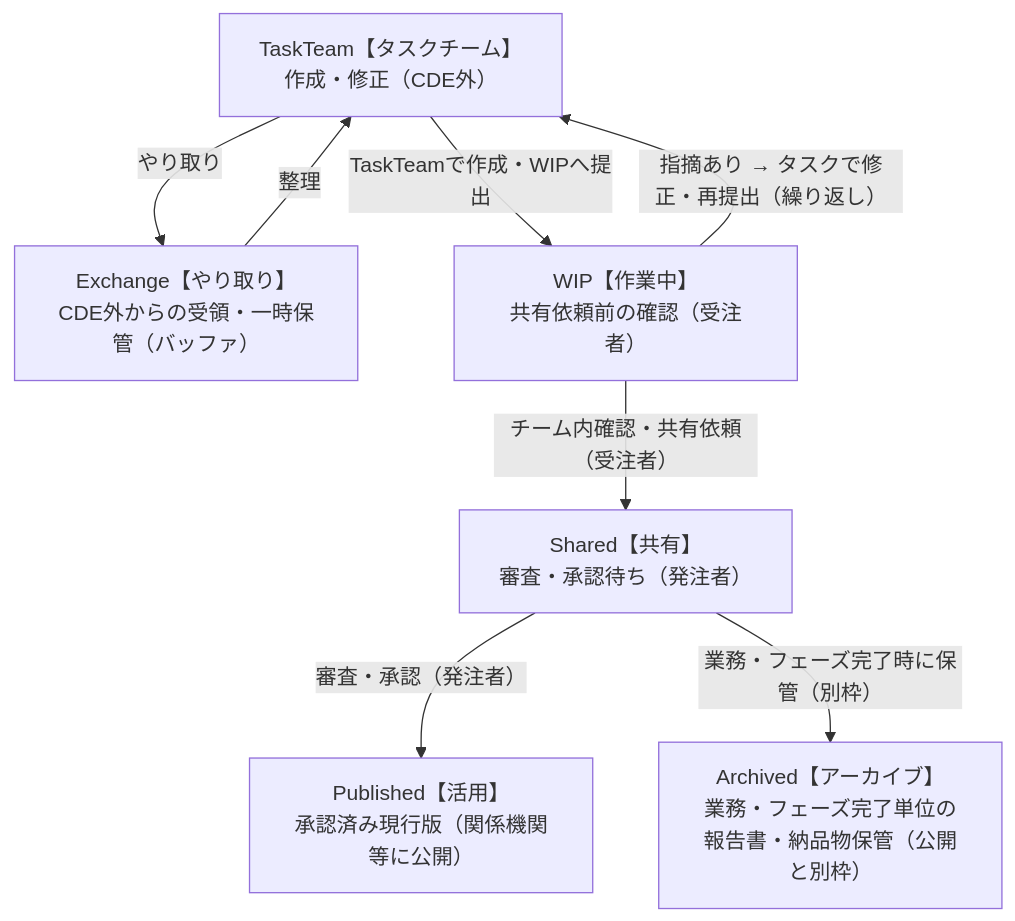
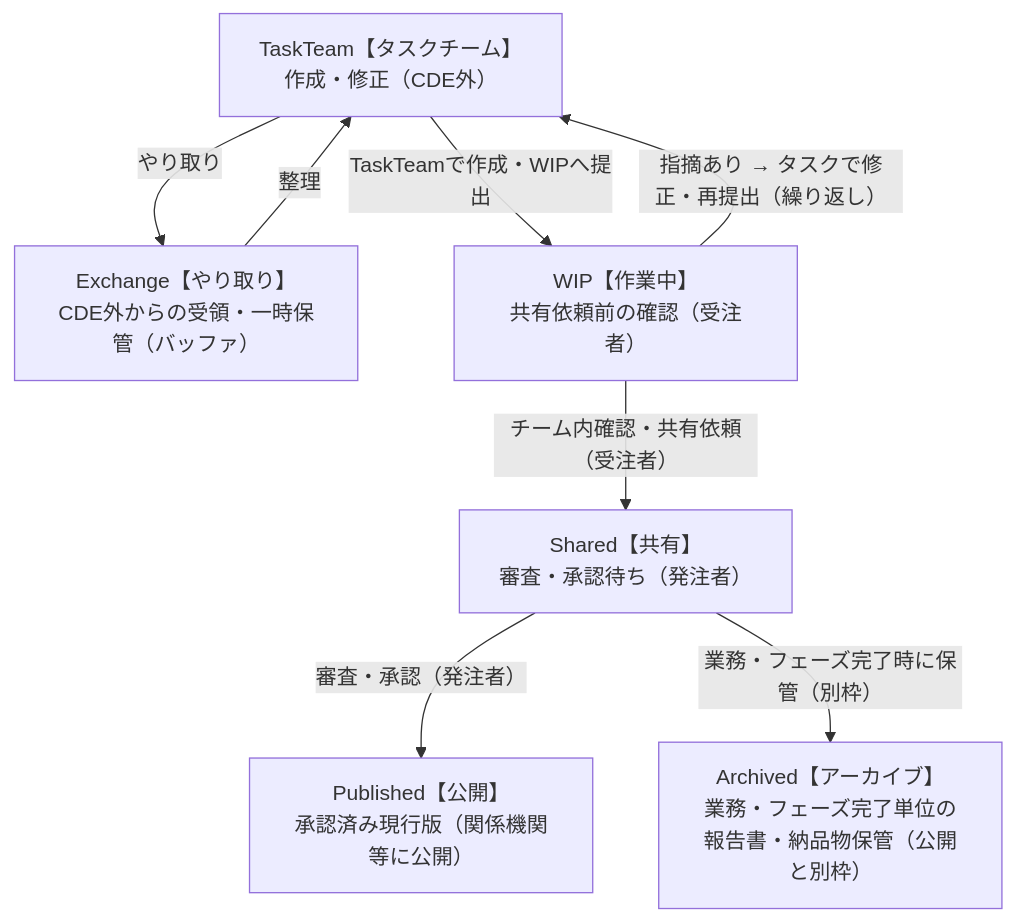
Before and after one commit to yamamoto-ryuzo/portal: the third of 5 diagrams in articles/project-cde-guide.md, drawn with Mermaid. The commit also changed other lines of this file, not shown here.

````diff
--- a/articles/project-cde-guide.md
+++ b/articles/project-cde-guide.md
@@ -407,17 +414,17 @@
 ```mermaid
 flowchart TD
     TT["TaskTeam【タスクチーム】<br/>作成・修正（CDE外）"]
     EX["Exchange【やり取り】<br/>CDE外からの受領・一時保管（バッファ）"]
     WIP["WIP【作業中】<br/>共有依頼前の確認（受注者）"]
     SH["Shared【共有】<br/>審査・承認待ち（発注者）"]
-    PB["Published【活用】<br/>承認済み現行版（関係機関等に公開）"]
+    PB["Published【公開】<br/>承認済み現行版（関係機関等に公開）"]
     AR["Archived【アーカイブ】<br/>業務・フェーズ完了単位の<br/>報告書・納品物保管（公開と別枠）"]
 
     TT -->|"やり取り"| EX
     TT -->|"TaskTeamで作成・WIPへ提出"| WIP
     EX -->|"整理"| TT
     WIP -->|"指摘あり → タスクで修正・再提出（繰り返し）"| TT
     WIP -->|"チーム内確認・共有依頼（受注者）"| SH
     SH -->|"審査・承認（発注者）"| PB
     SH -->|"業務・フェーズ完了時に保管（別枠）"| AR
 ```
````
